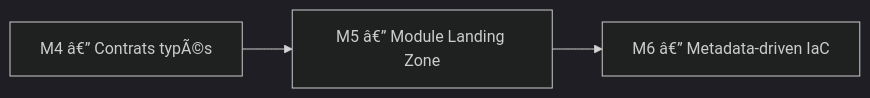
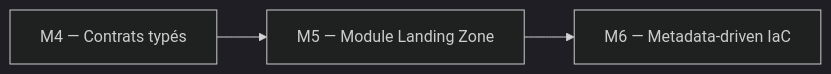
One commit to msellamiTN/data-plateform-iac changed the first of 2 diagrams in courses/day-03/module-05-modules/lab.md. Above: the diagram before and after it, drawn with Mermaid (dark theme). The commit also changed other lines of this file and 235 other files, not shown here.

````diff
--- a/courses/day-03/module-05-modules/lab.md
+++ b/courses/day-03/module-05-modules/lab.md
@@ -55,5 +55,5 @@
 ```mermaid
 flowchart LR
-    M4[M4 â€” Contrats typÃ©s] --> M5[M5 â€” Module Landing Zone]
-    M5 --> M6[M6 â€” Metadata-driven IaC]
+    M4[M4 — Contrats typés] --> M5[M5 — Module Landing Zone]
+    M5 --> M6[M6 — Metadata-driven IaC]
 ```
````
